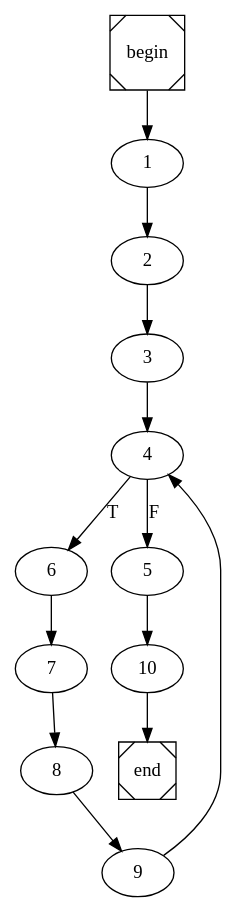
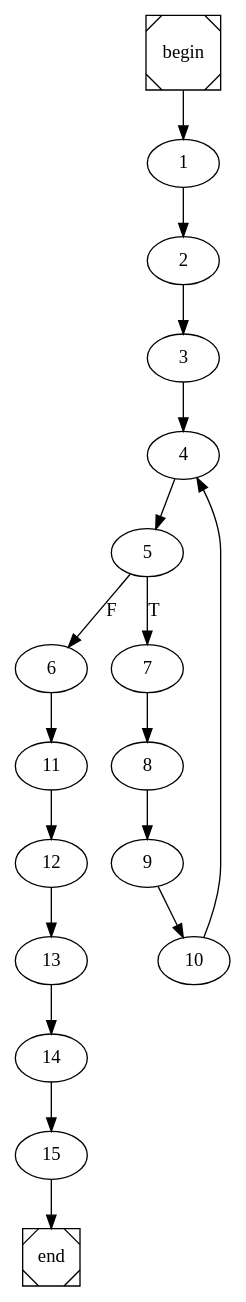
Before and after one commit to samyuh/feup-comp-proj: the diagram in main.dot, drawn with Graphviz. The commit also changed 2 other files, not shown here.

```diff
--- a/main.dot
+++ b/main.dot
@@ -1,4 +1,4 @@
 digraph cfg {
 	begin [shape=Msquare];
 	end [shape=Msquare];
-	begin -> 1;	1 -> 2;	2 -> 3;	3 -> 4;	4 -> 6[label=T];	4 -> 5[label=F];	5 -> 10;	6 -> 7;	7 -> 8;	8 -> 9;	9 -> 4;	10 -> end;}
+	begin -> 1;	1 -> 2;	2 -> 3;	3 -> 4;	4 -> 5;	5 -> 7[label=T];	5 -> 6[label=F];	6 -> 11;	7 -> 8;	8 -> 9;	9 -> 10;	10 -> 4;	11 -> 12;	12 -> 13;	13 -> 14;	14 -> 15;	15 -> end;}
```
